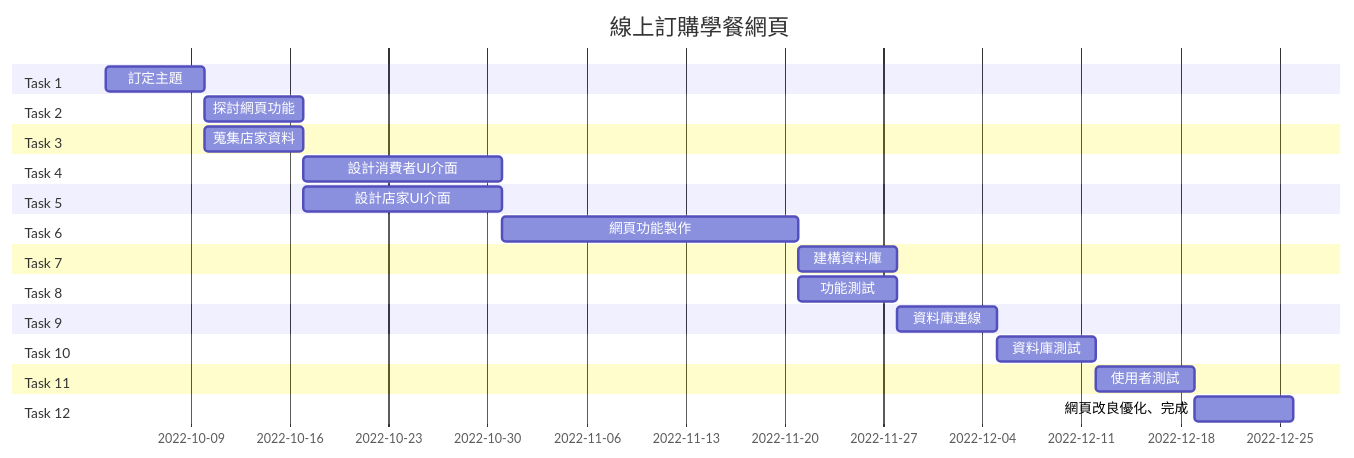
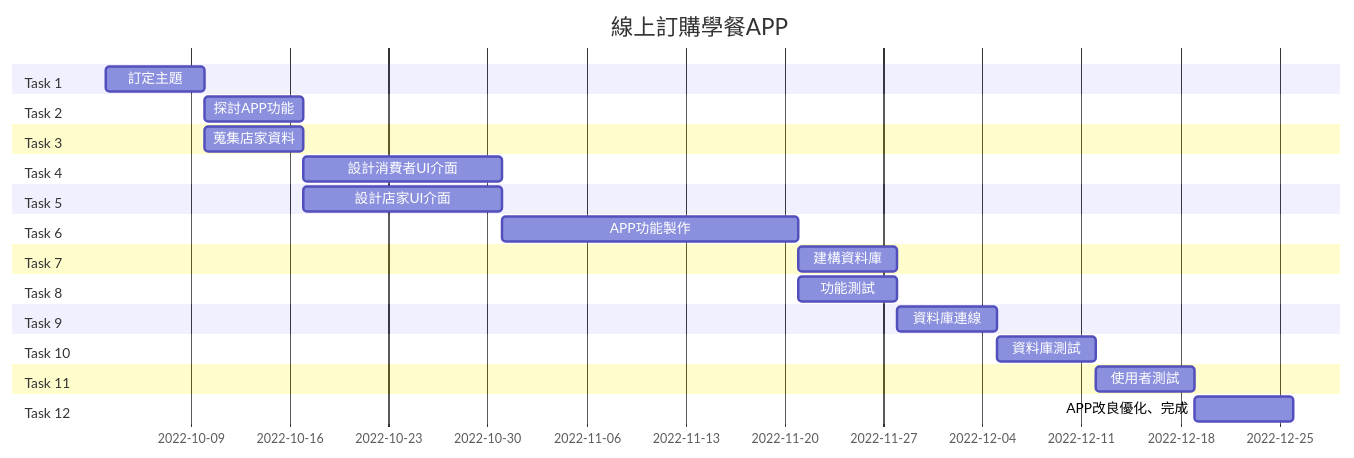
The diagram in README.md (woni1215/System-analysis-team3), drawn with Mermaid before and after one commit. The commit also changed other lines of this file, not shown here.

````diff
--- a/README.md
+++ b/README.md
@@ -16,29 +16,29 @@
 ```mermaid
 gantt
-    title 線上訂購學餐網頁
+    title 線上訂購學餐APP
     dateFormat  YYYY-MM-DD
     section Task 1
     訂定主題 :t1 , 2022-10-03 , 1w
     section Task 2
-    探討網頁功能 :t2 , after t1 , 1w
+    探討APP功能 :t2 , after t1 , 1w
     section Task 3
     蒐集店家資料 :t3 , after t1 , 1w
     section Task 4
     設計消費者UI介面 :t4 , after t2 , 2w
     section Task 5
     設計店家UI介面 :t5 , after t2 , 2w
     section Task 6
-    網頁功能製作 :t6 , after t4 , 3w
+    APP功能製作 :t6 , after t4 , 3w
     section Task 7
     建構資料庫 :t7 , after t6 , 1w
     section Task 8
     功能測試 :t8 , after t6 , 1w
     section Task 9
     資料庫連線 :t9 , after t8 , 1w
     section Task 10
     資料庫測試 :t10 , after t9 , 1w
     section Task 11
     使用者測試 :t11 , after t10 , 1w
     section Task 12
-    網頁改良優化、完成 :t12 , after t11 , 1w
+    APP改良優化、完成 :t12 , after t11 , 1w
 ```
````
